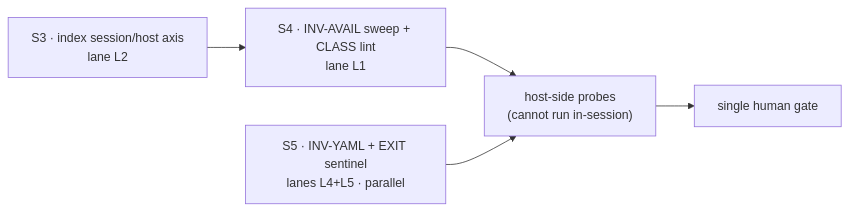
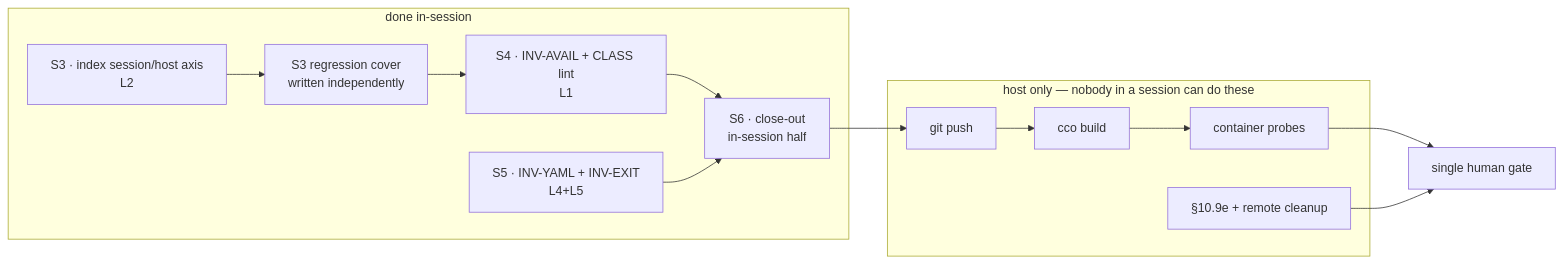
Before and after one commit to alergyonthestage/claude-orchestrator: the diagram in docs/maintainers/handoff.md, drawn with Mermaid. The commit also changed other lines of this file and 1 other file, not shown here.

First line of the commit message:
docs(cycle-1.2): roadmap L1/L2 landed, S6 recorded, and the pause handoff

````diff
--- a/docs/maintainers/handoff.md
+++ b/docs/maintainers/handoff.md
@@ -34,10 +16,21 @@
 ```mermaid
 flowchart LR
-  S3["S3 · index session/host axis<br/>lane L2"]
-  S4["S4 · INV-AVAIL sweep + CLASS lint<br/>lane L1"]
-  S5["S5 · INV-YAML + EXIT sentinel<br/>lanes L4+L5 · parallel"]
-  HITL["single human gate"]
-  HOST["host-side probes<br/>(cannot run in-session)"]
-  S3 --> S4 --> HOST --> HITL
-  S5 --> HOST
+  subgraph DONE["done in-session"]
+    S3["S3 · index session/host axis<br/>L2"]
+    T3["S3 regression cover<br/>written independently"]
+    S4["S4 · INV-AVAIL + CLASS lint<br/>L1"]
+    S5["S5 · INV-YAML + INV-EXIT<br/>L4+L5"]
+    S6["S6 · close-out<br/>in-session half"]
+  end
+  subgraph HOST["host only — nobody in a session can do these"]
+    PUSH["git push"]
+    BUILD["cco build"]
+    PROBE["container probes"]
+    CLEAN["§10.9e + remote cleanup"]
+  end
+  GATE["single human gate"]
+  S3 --> T3 --> S4 --> S6
+  S5 --> S6
+  S6 --> PUSH --> BUILD --> PROBE --> GATE
+  CLEAN --> GATE
 ```
````
